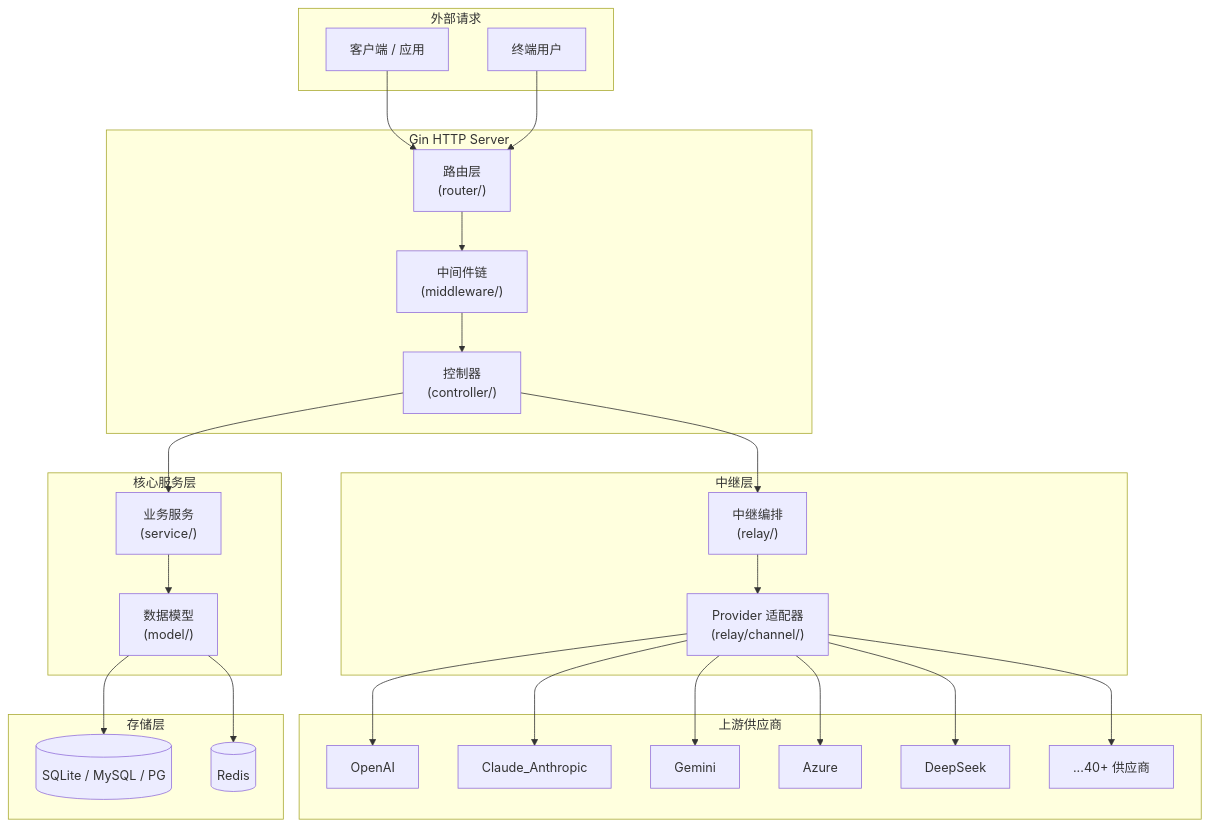
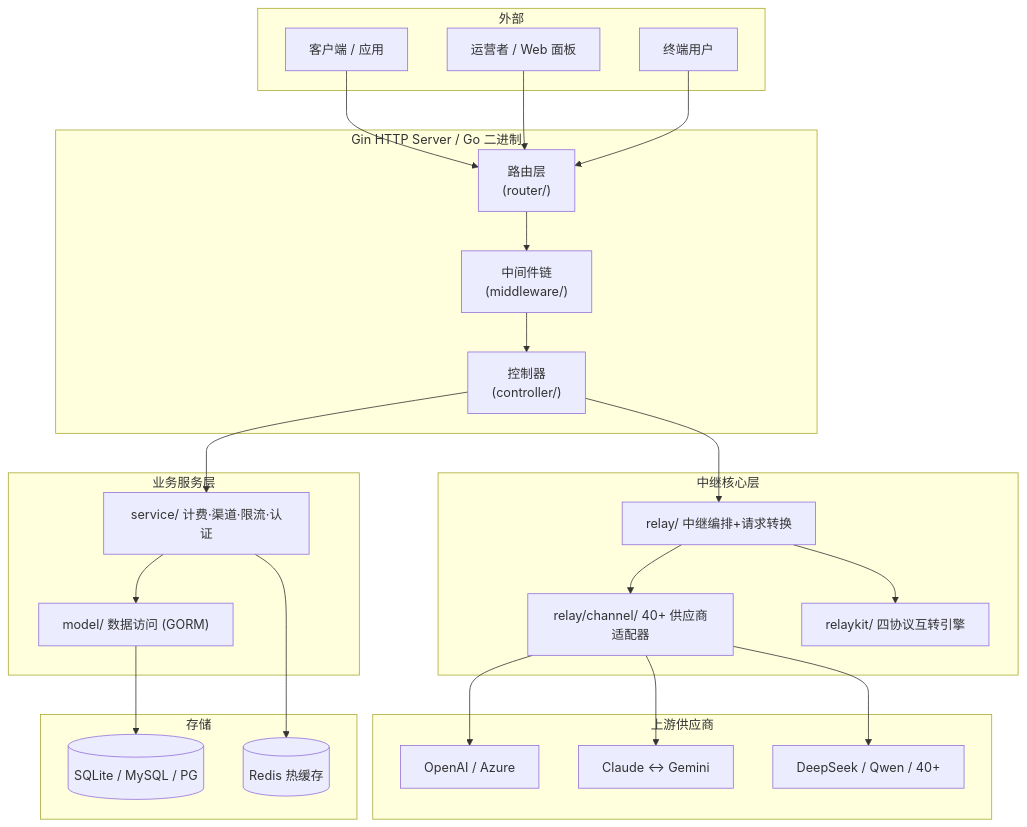
Before and after one commit to morehao/oss-insights: the first of 2 diagrams in ai-infra/new-api/README.md, drawn with Mermaid. The commit also changed other lines of this file and 8 other files, not shown here.

````diff
--- a/ai-infra/new-api/README.md
+++ b/ai-infra/new-api/README.md
@@ -69,58 +55,52 @@
 ```mermaid
 graph TB
-    subgraph "外部请求"
-        Client[客户端 / 应用]
-        EndUser[终端用户]
+    subgraph external["外部"]
+        Client["客户端 / 应用"]
+        Admin["运营者 / Web 面板"]
+        Usr["终端用户"]
     end
 
-    subgraph "Gin HTTP Server"
-        Router["路由层<br/>(router/)"]
-        MW["中间件链<br/>(middleware/)"]
-        Ctrl["控制器<br/>(controller/)"]
+    subgraph gin["Gin HTTP Server / Go 二进制"]
+        Router["路由层<br>(router/)"]
+        MW["中间件链<br>(middleware/)"]
+        Ctrl["控制器<br>(controller/)"]
     end
 
-    subgraph "核心服务层"
-        Svc["业务服务<br/>(service/)"]
-        Md["数据模型<br/>(model/)"]
+    subgraph svc["业务服务层"]
+        Svc["service/ 计费·渠道·限流·认证"]
+        Md["model/ 数据访问 (GORM)"]
     end
 
-    subgraph "中继层"
-        Relay["中继编排<br/>(relay/)"]
-        Adaptors["Provider 适配器<br/>(relay/channel/)"]
+    subgraph relaycore["中继核心层"]
+        Relay["relay/ 中继编排+请求转换"]
+        Adaptors["relay/channel/ 40+ 供应商适配器"]
+        Kit["relaykit/ 四协议互转引擎"]
     end
 
-    subgraph "上游供应商"
-        OpenAI
-        Claude_Anthropic
-        Gemini
-        Azure
-        DeepSeek
-        Other[...40+ 供应商]
+    subgraph upstreams["上游供应商"]
+        U1["OpenAI / Azure"]
+        U2["Claude ↔ Gemini"]
+        U3["DeepSeek / Qwen / 40+"]
     end
 
-    subgraph "存储层"
-        DB[(SQLite / MySQL / PG)]
-        Redis[(Redis)]
+    subgraph store["存储"]
+        DB[("SQLite / MySQL / PG")]
+        Redis[("Redis 热缓存")]
     end
 
     Client --> Router
-    EndUser --> Router
-
+    Admin --> Router
+    Usr --> Router
     Router --> MW
     MW --> Ctrl
-
     Ctrl --> Svc
     Ctrl --> Relay
-
     Svc --> Md
     Md --> DB
-    Md --> Redis
-
+    Svc --> Redis
     Relay --> Adaptors
-    Adaptors --> OpenAI
-    Adaptors --> Claude_Anthropic
-    Adaptors --> Gemini
-    Adaptors --> Azure
-    Adaptors --> DeepSeek
-    Adaptors --> Other
+    Relay --> Kit
+    Adaptors --> U1
+    Adaptors --> U2
+    Adaptors --> U3
 ```
````
